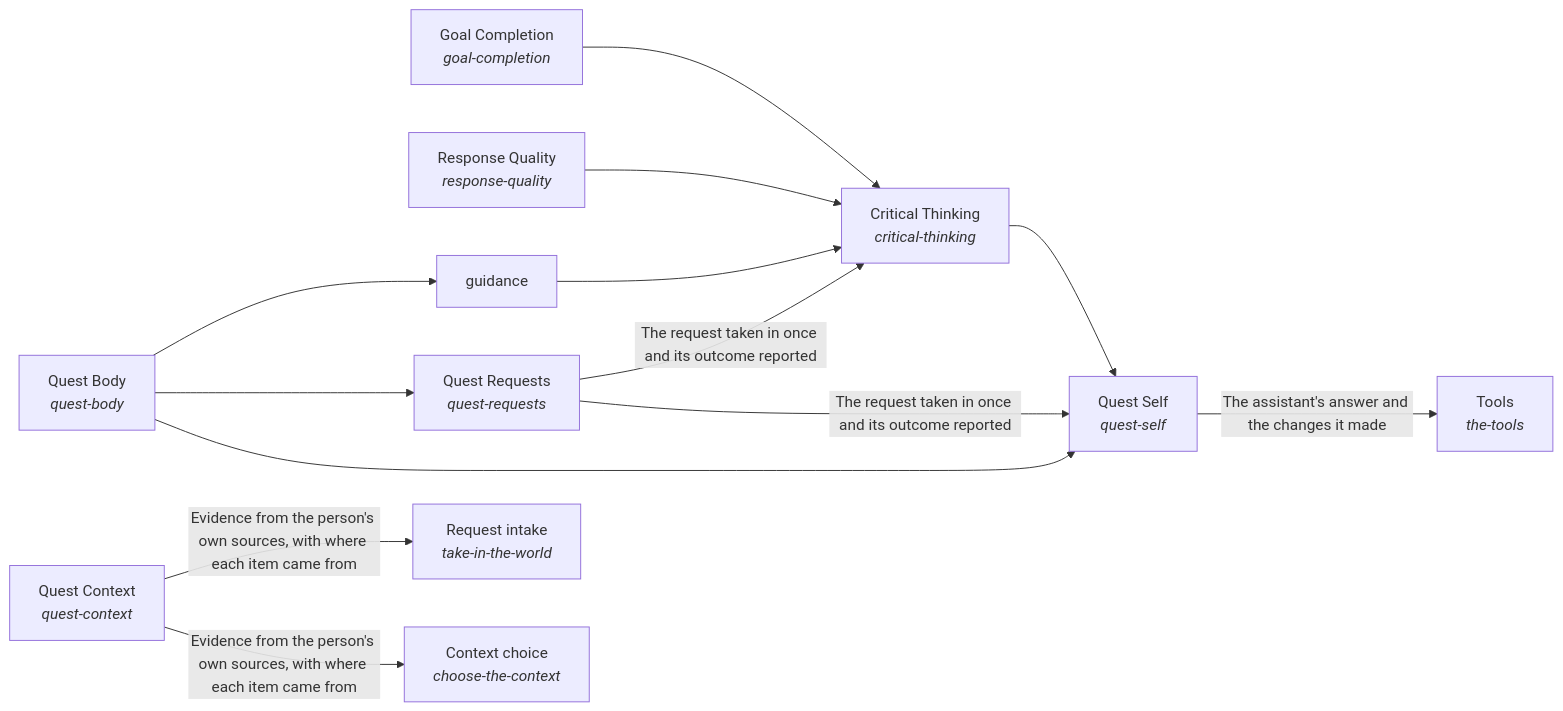
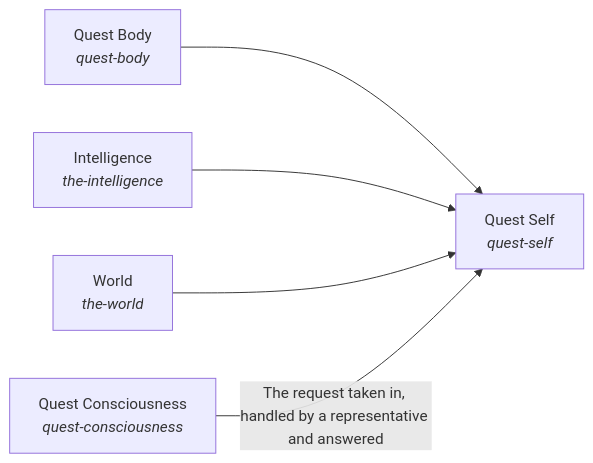
Before and after one commit to SpiritualData/quest-ai-runner: the diagram in quest_ai_runner/README.md, drawn with Mermaid. The commit also changed other lines of this file and 100 other files, not shown here.

````diff
--- a/quest_ai_runner/README.md
+++ b/quest_ai_runner/README.md
@@ -231,26 +68,12 @@
 ```mermaid
 flowchart LR
-    s0["Critical Thinking<br/><i>critical-thinking</i>"]
-    s1["Goal Completion<br/><i>goal-completion</i>"]
-    s2["Response Quality<br/><i>response-quality</i>"]
-    s3["guidance"]
-    s4["Tools<br/><i>the-tools</i>"]
-    s5["Quest Context<br/><i>quest-context</i>"]
-    s6["Quest Requests<br/><i>quest-requests</i>"]
-    s7["Quest Self<br/><i>quest-self</i>"]
-    s8["Quest Body<br/><i>quest-body</i>"]
-    s9["Request intake<br/><i>take-in-the-world</i>"]
-    s10["Context choice<br/><i>choose-the-context</i>"]
-    s0 --> s7
+    s0["Quest Self<br/><i>quest-self</i>"]
+    s1["Quest Body<br/><i>quest-body</i>"]
+    s2["Intelligence<br/><i>the-intelligence</i>"]
+    s3["World<br/><i>the-world</i>"]
+    s4["Quest Consciousness<br/><i>quest-consciousness</i>"]
     s1 --> s0
     s2 --> s0
     s3 --> s0
-    s5 -->|"Evidence from the person's own sources, with where each item came from"| s9
-    s5 -->|"Evidence from the person's own sources, with where each item came from"| s10
-    s6 -->|"The request taken in once and its outcome reported"| s0
-    s6 -->|"The request taken in once and its outcome reported"| s7
-    s7 -->|"The assistant's answer and the changes it made"| s4
-    s8 --> s3
-    s8 --> s6
-    s8 --> s7
+    s4 -->|"The request taken in, handled by a representative and answered"| s0
 ```
````
